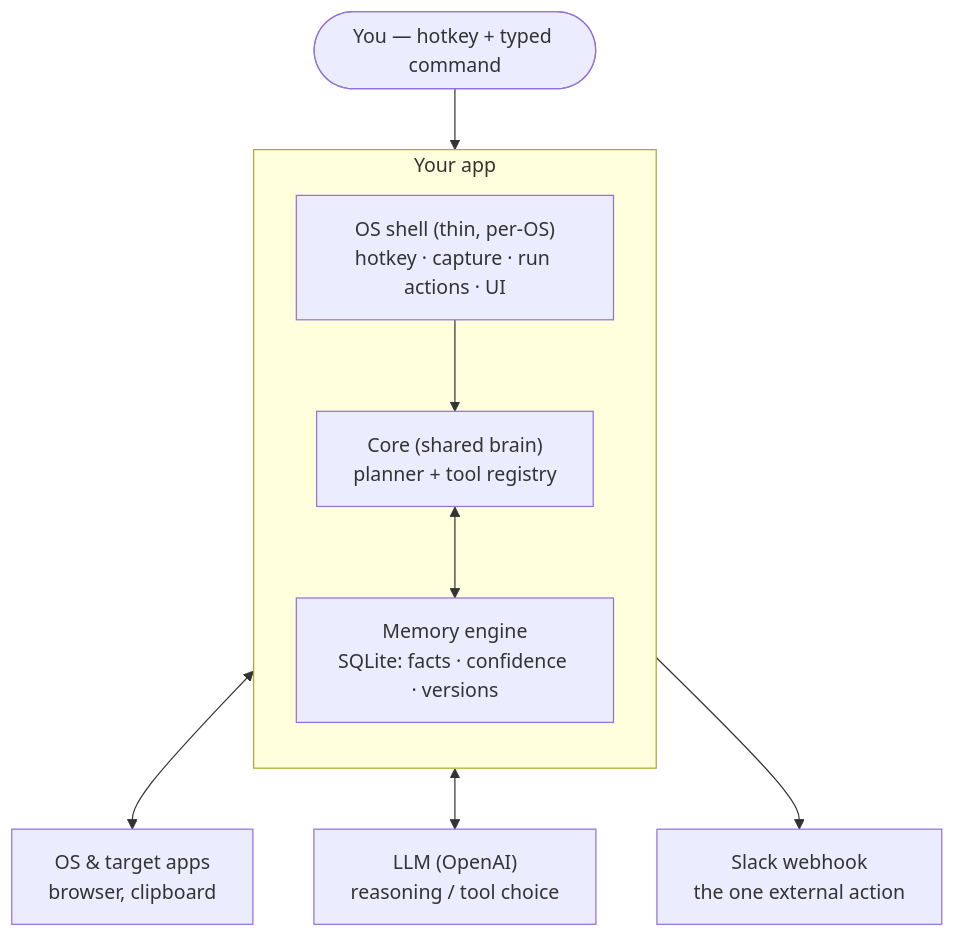
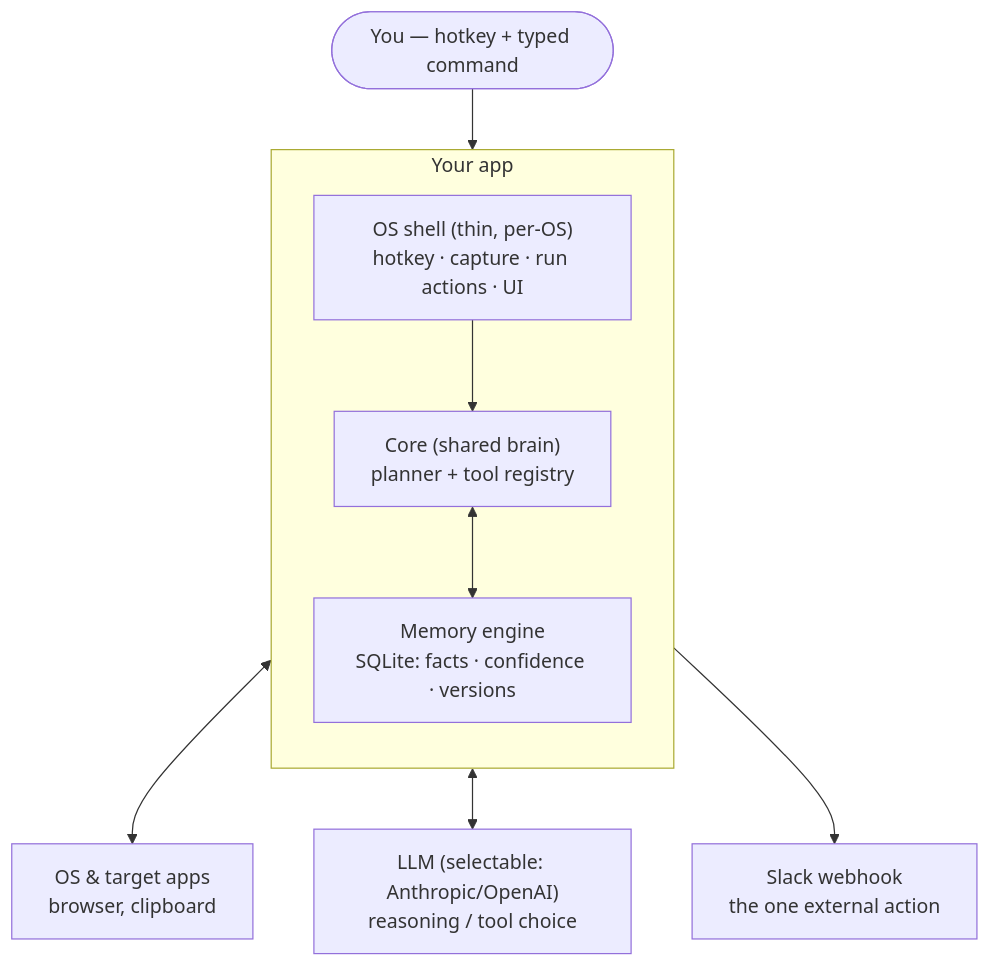
One commit to Sejall-089/voice-agent changed the first of 4 diagrams in ARCHITECTURE.md. Above: the diagram before and after it, drawn with Mermaid. The commit also changed 10 other files, not shown here.

First line of the commit message:
Make the LLM provider selectable via LLM_PROVIDER (Anthropic + OpenAI)

````diff
--- a/ARCHITECTURE.md
+++ b/ARCHITECTURE.md
@@ -28,22 +28,22 @@
 ```mermaid
 flowchart TB
     User(["You — hotkey + typed command"])
 
     subgraph App["Your app"]
         direction TB
         Shell["OS shell (thin, per-OS)<br/>hotkey · capture · run actions · UI"]
         Core["Core (shared brain)<br/>planner + tool registry"]
         Memory["Memory engine<br/>SQLite: facts · confidence · versions"]
         Shell --> Core
         Core <--> Memory
     end
 
-    LLM["LLM (OpenAI)<br/>reasoning / tool choice"]
+    LLM["LLM (selectable: Anthropic/OpenAI)<br/>reasoning / tool choice"]
     Slack["Slack webhook<br/>the one external action"]
     OS["OS &amp; target apps<br/>browser, clipboard"]
 
     User --> Shell
     Shell <--> OS
     Core <--> LLM
     Core --> Slack
 ```
````
